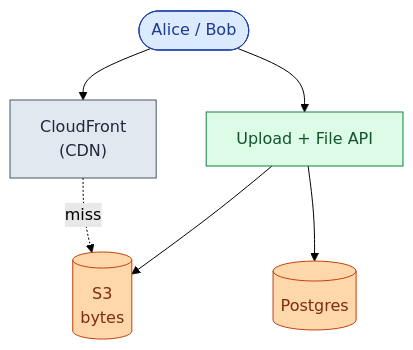
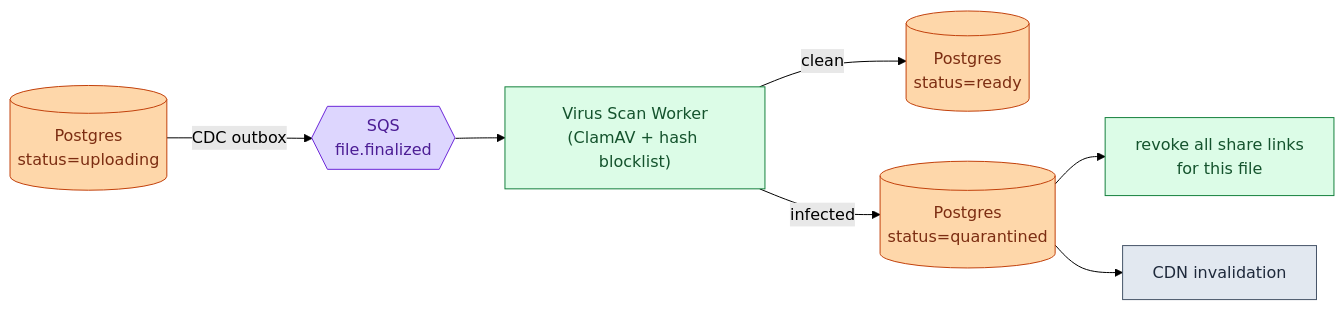
One commit to shiningflash/system-design changed the tenth of 14 diagrams in problems/020-file-upload-share/question.md. Above: the diagram before and after it, drawn with Mermaid (forest theme). The commit also changed other lines of this file and 37 other files, not shown here.

````diff
--- a/problems/020-file-upload-share/question.md
+++ b/problems/020-file-upload-share/question.md
@@ -341,13 +406,14 @@
 ```mermaid
-flowchart TB
-    C([Alice / Bob]):::user --> CF["CloudFront<br/>(CDN)"]:::edge
-    CF -.miss.-> S3[("S3<br/>bytes")]:::db
-    C --> API["Upload + File API"]:::app
-    API --> DB[("Postgres")]:::db
-    API --> S3
+flowchart LR
+    DB[("Postgres<br/>status=uploading")]:::db -->|CDC outbox| Q{{"SQS<br/>file.finalized"}}:::queue
+    Q --> VS["Virus Scan Worker<br/>(ClamAV + hash blocklist)"]:::app
+    VS -->|clean| DB2[("Postgres<br/>status=ready")]:::db
+    VS -->|infected| DB3[("Postgres<br/>status=quarantined")]:::db
+    DB3 --> RL["revoke all share links<br/>for this file"]:::app
+    DB3 --> CF["CDN invalidation"]:::edge
 
-    classDef user  fill:#dbeafe,stroke:#1e40af,color:#1e3a8a
+    classDef db    fill:#fed7aa,stroke:#c2410c,color:#7c2d12
+    classDef queue fill:#ddd6fe,stroke:#6d28d9,color:#4c1d95
+    classDef app   fill:#dcfce7,stroke:#15803d,color:#14532d
     classDef edge  fill:#e2e8f0,stroke:#475569,color:#1e293b
-    classDef app   fill:#dcfce7,stroke:#15803d,color:#14532d
-    classDef db    fill:#fed7aa,stroke:#c2410c,color:#7c2d12
 ```
````
